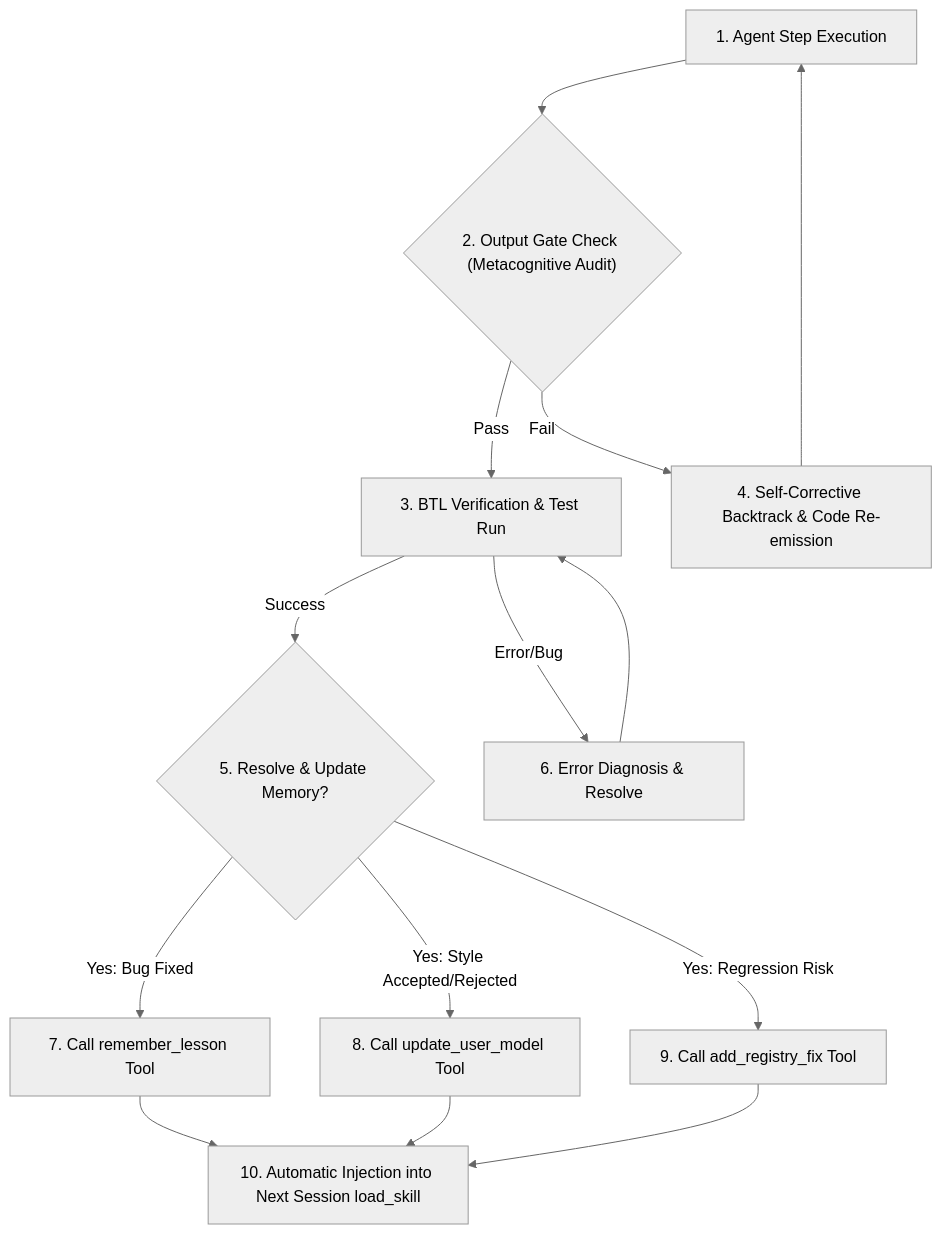
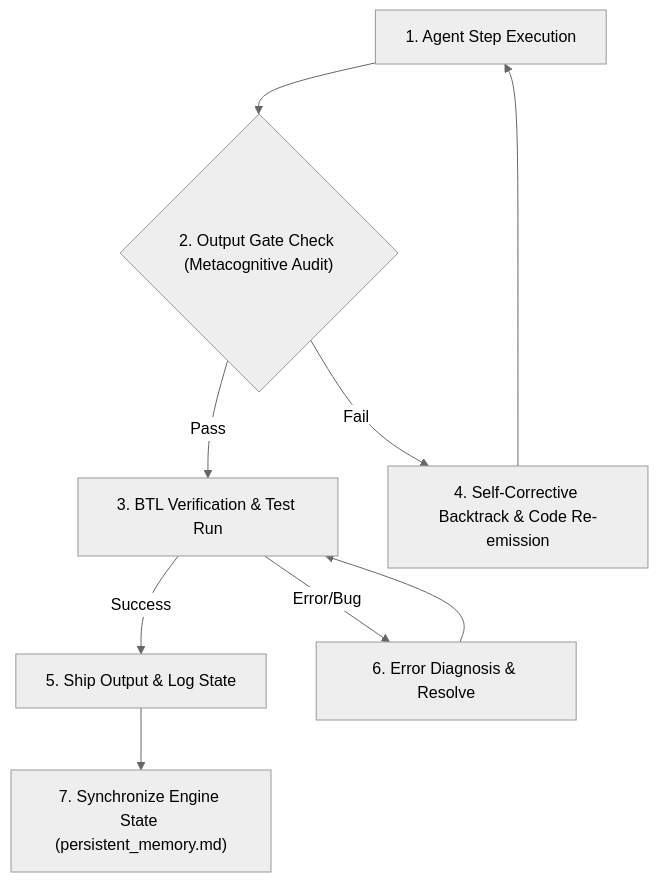
The diagram in skill/munch/references/continuous_improvement.md (WyvernCW/MunchsPlugin), drawn with Mermaid (neutral theme) before and after one commit. The commit also changed other lines of this file and 6 other files, not shown here.

Commit message:
feat: separate persistent memory specification and update agent bootloader rules

````diff
--- a/skill/munch/references/continuous_improvement.md
+++ b/skill/munch/references/continuous_improvement.md
@@ -10,16 +10,11 @@
 ```mermaid
 graph TD
   Start["1. Agent Step Execution"] --> OutputGate{"2. Output Gate Check (Metacognitive Audit)"}
   OutputGate -->|Pass| VerifyShip["3. BTL Verification & Test Run"]
   OutputGate -->|Fail| SelfCorrection["4. Self-Corrective Backtrack & Code Re-emission"]
-  VerifyShip -->|Success| SaveMemory{"5. Resolve & Update Memory?"}
+  VerifyShip -->|Success| ShipFinal["5. Ship Output & Log State"]
   VerifyShip -->|Error/Bug| DebugCycle["6. Error Diagnosis & Resolve"]
   SelfCorrection --> Start
   DebugCycle --> VerifyShip
-  SaveMemory -->|Yes: Bug Fixed| PersistLesson["7. Call remember_lesson Tool"]
-  SaveMemory -->|Yes: Style Accepted/Rejected| PersistProfile["8. Call update_user_model Tool"]
-  SaveMemory -->|Yes: Regression Risk| PersistFix["9. Call add_registry_fix Tool"]
-  PersistLesson --> DynamicReload["10. Automatic Injection into Next Session load_skill"]
-  PersistProfile --> DynamicReload
-  PersistFix --> DynamicReload
+  ShipFinal --> SyncMemory["7. Synchronize Engine State (persistent_memory.md)"]
 ```
````
